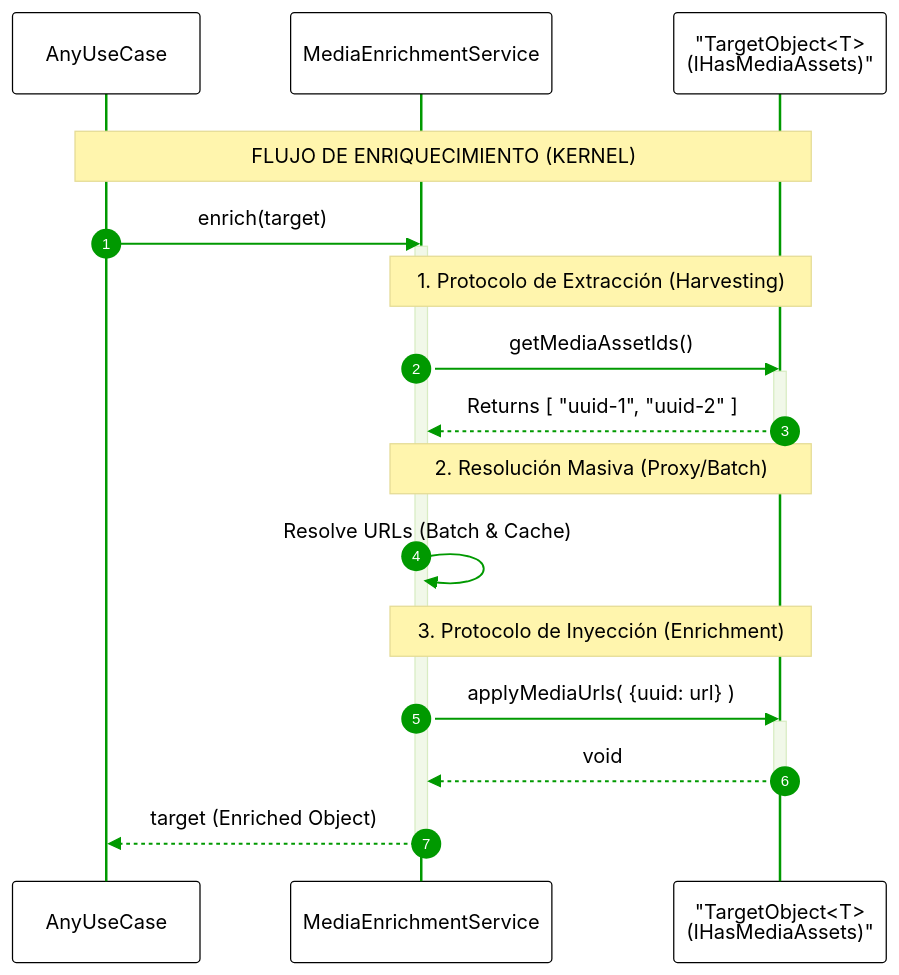
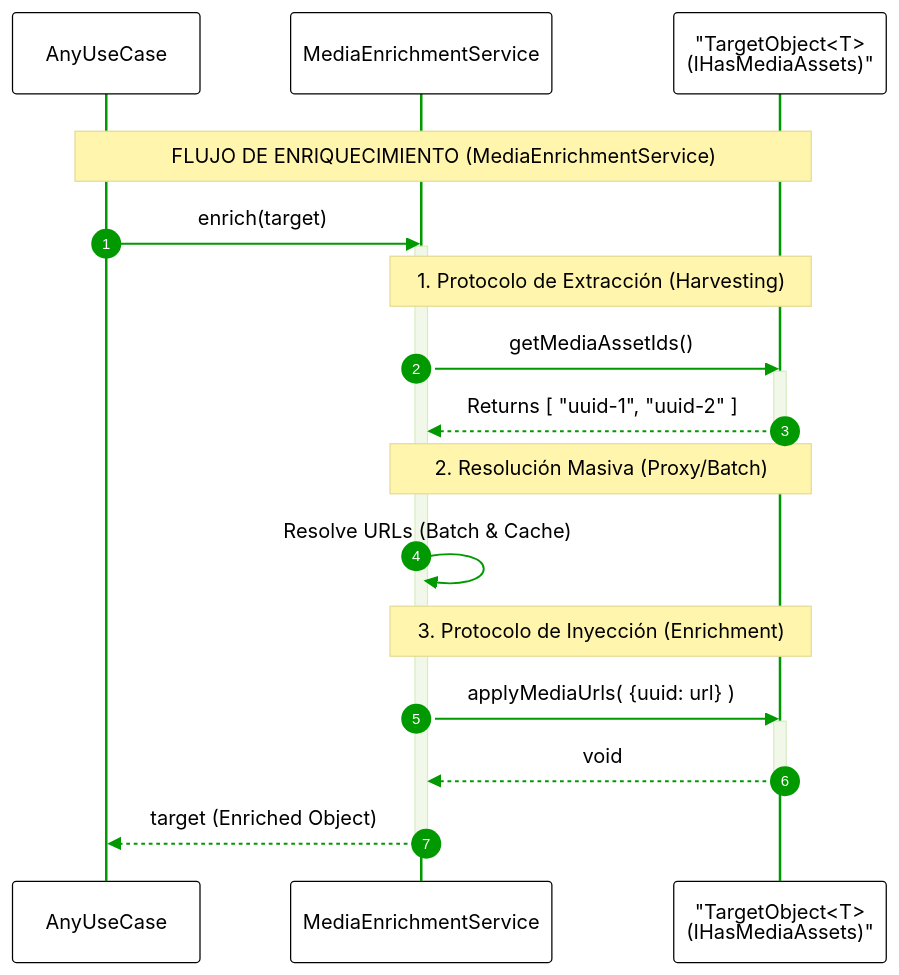
One commit to Franku03/quizzy-backend changed the third of 4 diagrams in README.md. Above: the diagram before and after it, drawn with Mermaid. The commit also changed other lines of this file, not shown here.

Commit message:
Update README to reflect service name changes

````diff
--- a/README.md
+++ b/README.md
@@ -554,52 +554,52 @@
 ```mermaid
 %%{init: {
   'theme': 'base',
   'themeVariables': {
     'background': '#ffffff',
     'mainBkg': '#ffffff',
     'primaryColor': '#e1f5fe',
     'secondaryColor': '#f1f8e9',
     'signalColor': '#009900',
     'signalTextColor': '#000000',
     'actorTextColor': '#000000',
     'noteTextColor': '#000000',
     'actorLineColor': '#009900',
     'labelBoxBorderColor': '#000000',
     'actorBorder': '#000000',
     'fontSize': '16px',
     'fontFamily': 'Segoe UI'
   }
 } }%%
 
 sequenceDiagram
     autonumber
     
     participant UC as AnyUseCase
     participant Facade as MediaEnrichmentService
     participant Entity as "TargetObject<T><br>(IHasMediaAssets)"
 
     rect rgb(255, 255, 255)
-        Note over UC, Entity: FLUJO DE ENRIQUECIMIENTO (KERNEL)
+        Note over UC, Entity: FLUJO DE ENRIQUECIMIENTO (MediaEnrichmentService)
         
         UC->>Facade: enrich(target)
         activate Facade
 
         Note over Facade, Entity: 1. Protocolo de Extracción (Harvesting)
         Facade->>Entity: getMediaAssetIds()
         activate Entity
         Entity-->>Facade: Returns [ "uuid-1", "uuid-2" ]
         deactivate Entity
 
         Note over Facade, Entity: 2. Resolución Masiva (Proxy/Batch)
         Facade->>Facade: Resolve URLs (Batch & Cache)
 
         Note over Facade, Entity: 3. Protocolo de Inyección (Enrichment)
         Facade->>Entity: applyMediaUrls( {uuid: url} )
         activate Entity
         Entity-->>Facade: void
         deactivate Entity
 
         Facade-->>UC: target (Enriched Object)
         deactivate Facade 
     end
 ```
````
